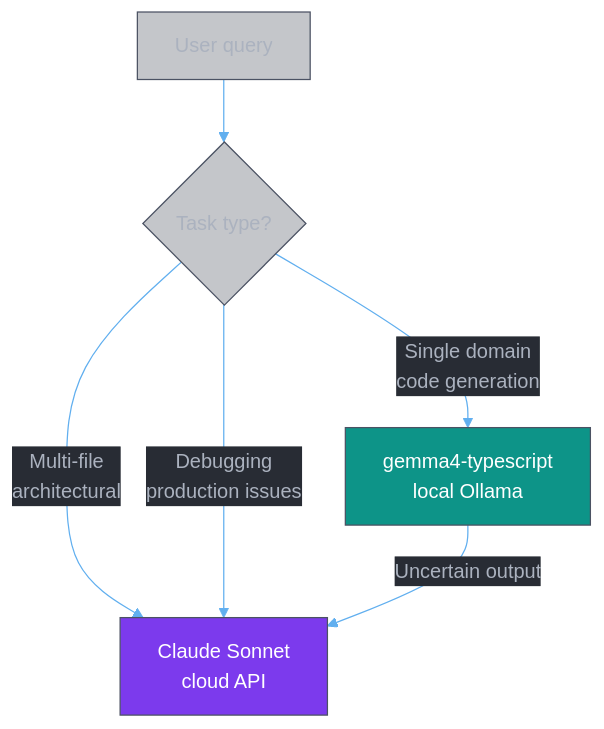
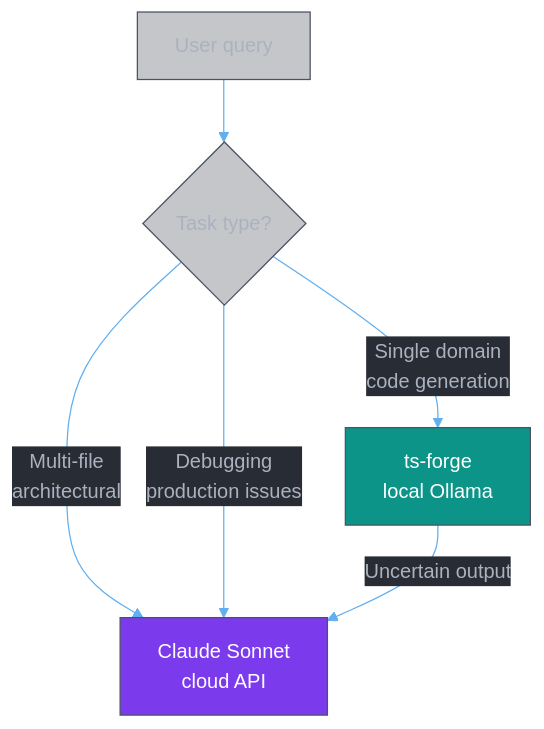
The fourth of 5 diagrams in docs/design.md (zhifengzhang-sz/forge), drawn with Mermaid before and after one commit. The commit also changed other lines of this file and 6 other files, not shown here.

````diff
--- a/docs/design.md
+++ b/docs/design.md
@@ -738,12 +738,12 @@
 ```mermaid
 %%{init: {'theme': 'base', 'themeVariables': {'primaryColor': '#3e44514D', 'primaryTextColor': '#abb2bf', 'primaryBorderColor': '#4b5263', 'lineColor': '#61afef', 'secondaryColor': '#2c313a4D', 'secondaryTextColor': '#abb2bf', 'secondaryBorderColor': '#4b5263', 'tertiaryColor': '#282c344D', 'mainBkg': '#3e44514D', 'nodeBorder': '#4b5263', 'clusterBkg': '#2c313a4D', 'clusterBorder': '#4b5263', 'titleColor': '#e5c07b', 'edgeLabelBackground': '#282c34', 'textColor': '#abb2bf', 'background': '#282c34'}}}%%
 flowchart TD
     Q[User query] --> T{Task type?}
-    T -->|Single domain\ncode generation| L[gemma4-typescript\nlocal Ollama]
+    T -->|Single domain\ncode generation| L[ts-forge\nlocal Ollama]
     T -->|Multi-file\narchitectural| R[Claude Sonnet\ncloud API]
     T -->|Debugging\nproduction issues| R
     L -->|Uncertain output| R
 
     style L fill:#0D9488,color:#fff
     style R fill:#7C3AED,color:#fff
 ```
````
